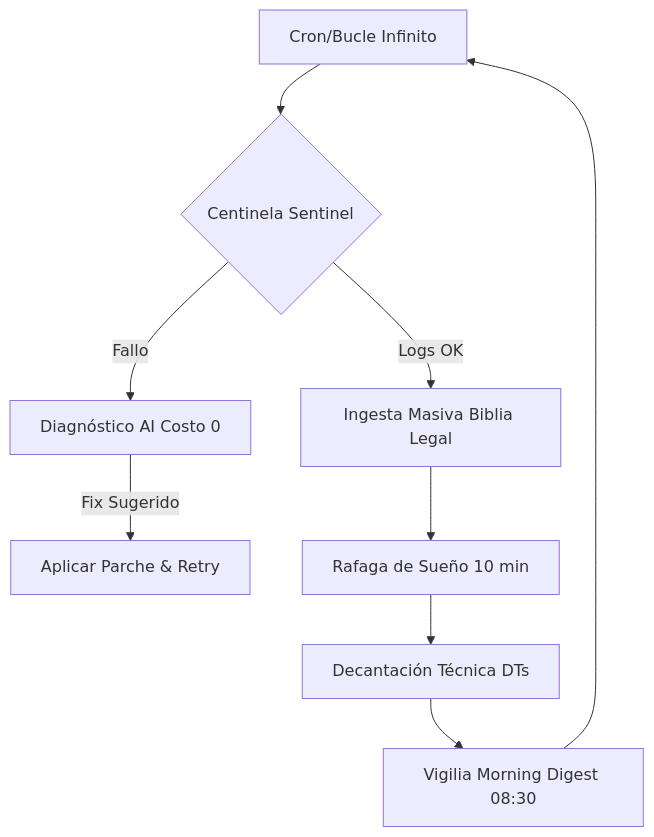
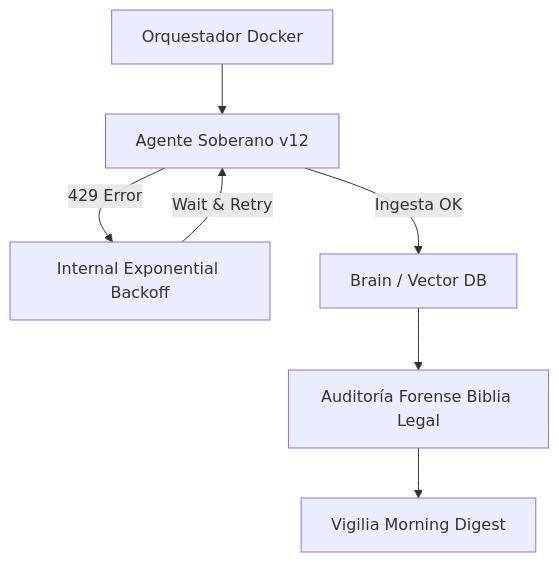
One commit to dieleozagent-debug/dieleozagent changed the diagram in architecture.md. Above: the diagram before and after it, drawn with Mermaid. The commit also changed other lines of this file and 6 other files, not shown here.

Commit message:
feat: Purge legacy sentinel, stabilize ingestion v12.0, update architecture docs

````diff
--- a/architecture.md
+++ b/architecture.md
@@ -69,11 +31,9 @@
 ```mermaid
 graph TD
-    A[Cron/Bucle Infinito] --> B{Centinela Sentinel}
-    B -->|Logs OK| C[Ingesta Masiva Biblia Legal]
-    B -->|Fallo| D[Diagnóstico AI Costo 0]
-    D -->|Fix Sugerido| E[Aplicar Parche & Retry]
-    C --> F[Rafaga de Sueño 10 min]
-    F --> G[Decantación Técnica DTs]
-    G --> H[Vigilia Morning Digest 08:30]
-    H --> A
+    A[Orquestador Docker] --> B[Agente Soberano v12]
+    B -->|429 Error| C[Internal Exponential Backoff]
+    C -->|Wait & Retry| B
+    B -->|Ingesta OK| D[Brain / Vector DB]
+    D --> E[Auditoría Forense Biblia Legal]
+    E --> F[Vigilia Morning Digest]
 ```
````
